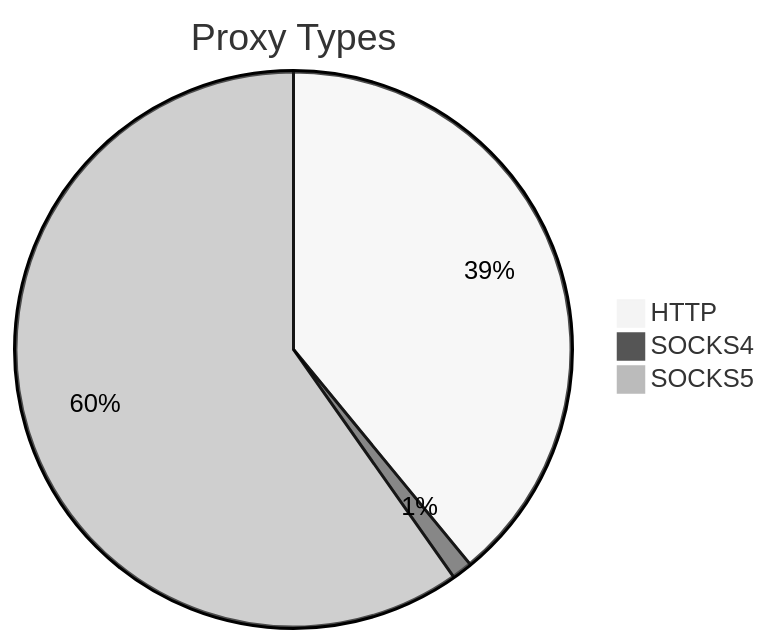
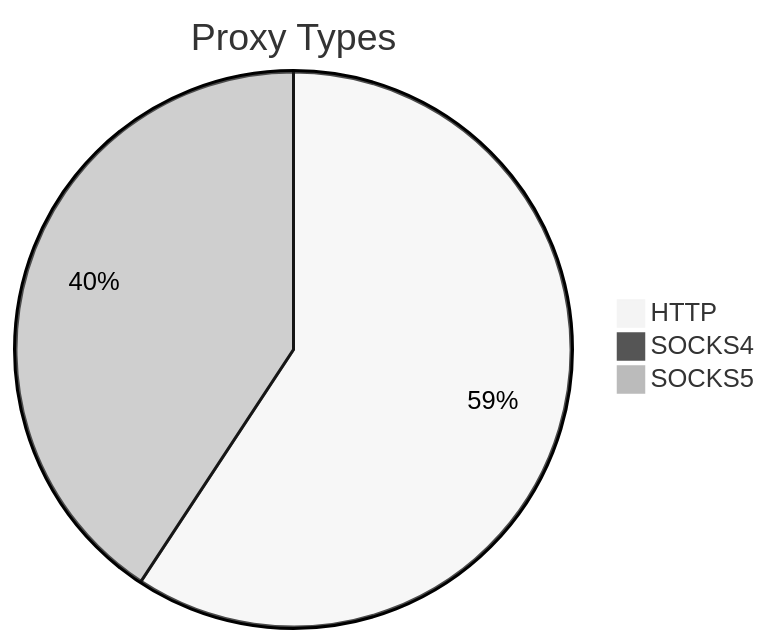
Before and after one commit to stormsia/proxy-list: the first of 2 diagrams in README.md, drawn with Mermaid (neutral theme). The commit also changed other lines of this file, not shown here.

````diff
--- a/README.md
+++ b/README.md
@@ -21,6 +21,6 @@
 ```mermaid
 pie title Proxy Types
-    "HTTP" : 230
-    "SOCKS4" : 7
-    "SOCKS5" : 352
+    "HTTP" : 256
+    "SOCKS4" : 3
+    "SOCKS5" : 176
 ```
````
